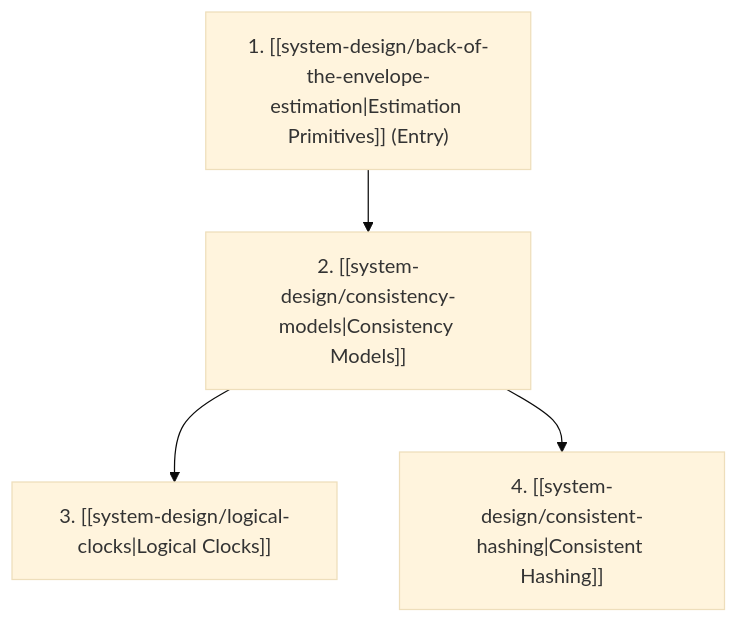
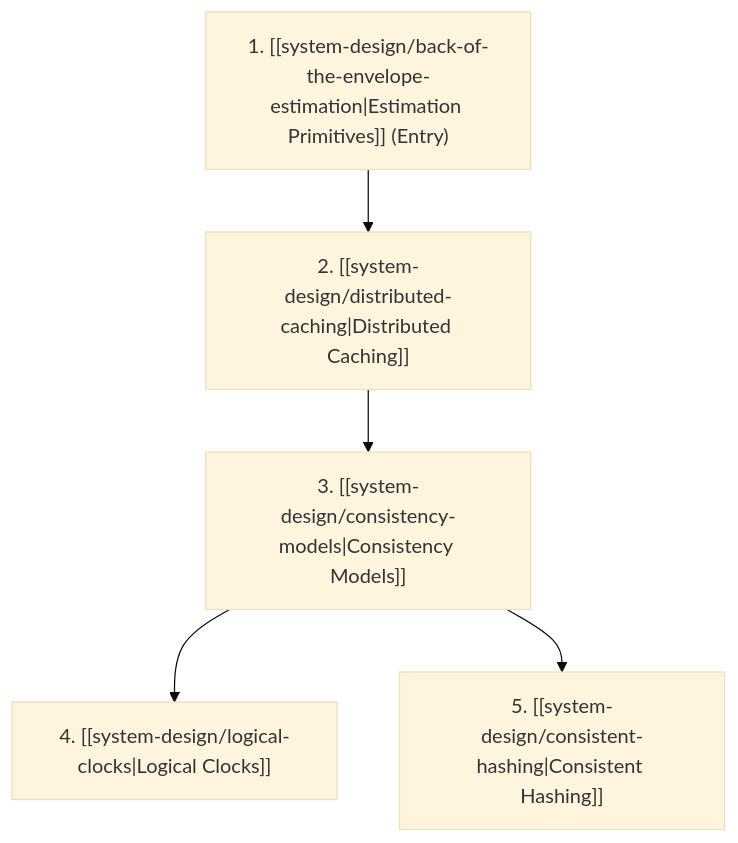
The diagram in sites/docs/src/content/docs/system-design/index.mdx (LOsioChico/knowledge-base), drawn with Mermaid (base theme) before and after one commit. The commit also changed other lines of this file and 6 other files, not shown here.

Commit message:
docs(system-design): add distributed-caching guide and integrate with MOC

````diff
--- a/sites/docs/src/content/docs/system-design/index.mdx
+++ b/sites/docs/src/content/docs/system-design/index.mdx
@@ -33,6 +33,7 @@
 ```mermaid
 flowchart TD
-    EST["1. [[system-design/back-of-the-envelope-estimation|Estimation Primitives]] (Entry)"] --> CM["2. [[system-design/consistency-models|Consistency Models]]"]
-    CM --> LC["3. [[system-design/logical-clocks|Logical Clocks]]"]
-    CM --> CH["4. [[system-design/consistent-hashing|Consistent Hashing]]"]
+    EST["1. [[system-design/back-of-the-envelope-estimation|Estimation Primitives]] (Entry)"] --> CA["2. [[system-design/distributed-caching|Distributed Caching]]"]
+    CA --> CM["3. [[system-design/consistency-models|Consistency Models]]"]
+    CM --> LC["4. [[system-design/logical-clocks|Logical Clocks]]"]
+    CM --> CH["5. [[system-design/consistent-hashing|Consistent Hashing]]"]
 ```
````
